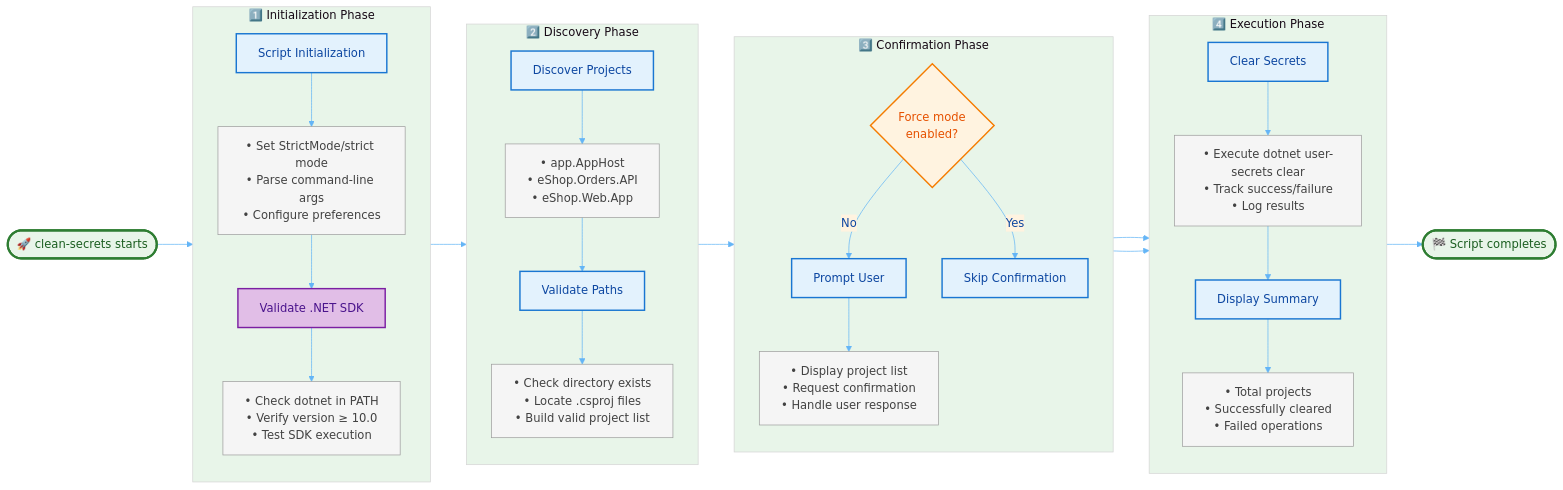
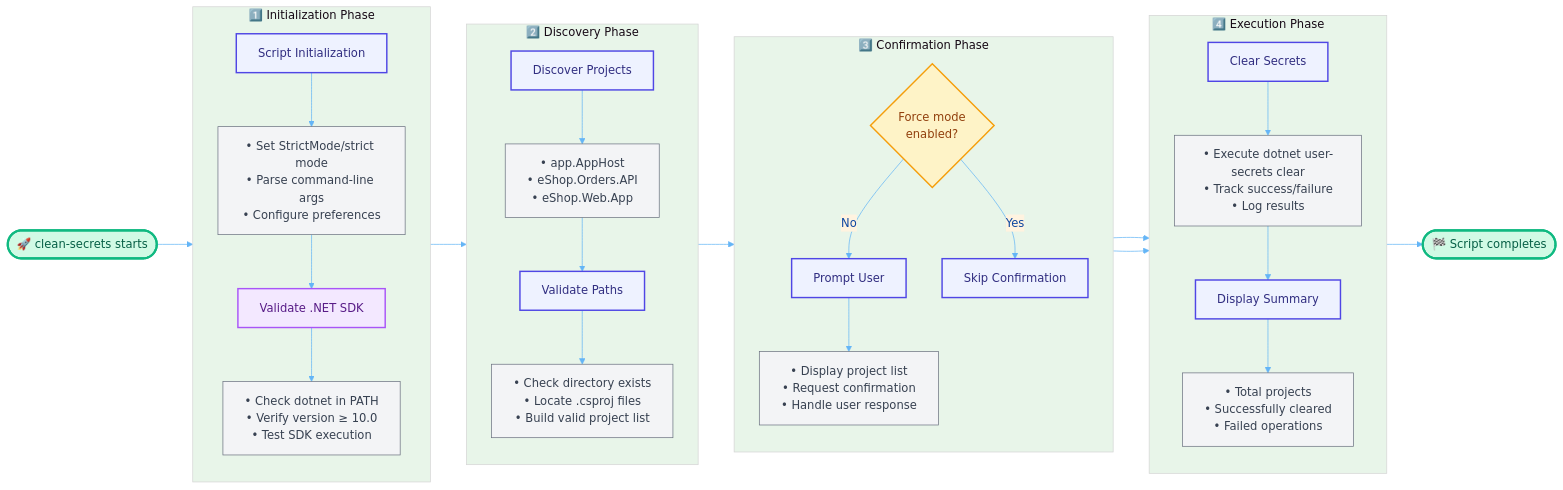
One commit to Evilazaro/Azure-LogicApps-Monitoring changed the diagram in docs/hooks/clean-secrets.md. Above: the diagram before and after it, drawn with Mermaid. The commit also changed 11 other files, not shown here.

Commit message:
feat(docs): Update diagrams with modern color palette for improved accessibility and clarity

```diff
--- a/docs/hooks/clean-secrets.md
+++ b/docs/hooks/clean-secrets.md
@@ -485,13 +485,13 @@
     SummaryDetails --> End
 
     %% --- Style Definitions ---
-    %% Color palette follows Material Design guidelines
-    %% Green: Success states | Blue: Process steps | Orange: Decisions | Purple: .NET operations
-    classDef startEndStyle fill:#e8f5e9,stroke:#2e7d32,stroke-width:3px,color:#1b5e20
-    classDef processStyle fill:#e3f2fd,stroke:#1976d2,stroke-width:2px,color:#0d47a1
-    classDef detailStyle fill:#f5f5f5,stroke:#9e9e9e,stroke-width:1px,color:#424242
-    classDef decisionStyle fill:#fff3e0,stroke:#f57c00,stroke-width:2px,color:#e65100
-    classDef dotnetStyle fill:#e1bee7,stroke:#7b1fa2,stroke-width:2px,color:#4a148c
+    %% Color palette follows modern WCAG AA compliant guidelines
+    %% Green: Success | Indigo: Process | Gray: Detail | Amber: Decision | Purple: .NET
+    classDef startEndStyle fill:#D1FAE5,stroke:#10B981,stroke-width:3px,color:#065F46
+    classDef processStyle fill:#EEF2FF,stroke:#4F46E5,stroke-width:2px,color:#312E81
+    classDef detailStyle fill:#F3F4F6,stroke:#6B7280,stroke-width:1px,color:#374151
+    classDef decisionStyle fill:#FEF3C7,stroke:#F59E0B,stroke-width:2px,color:#92400E
+    classDef dotnetStyle fill:#F3E8FF,stroke:#A855F7,stroke-width:2px,color:#581C87
 
     %% --- Apply Styles ---
     class Start,End startEndStyle
```
